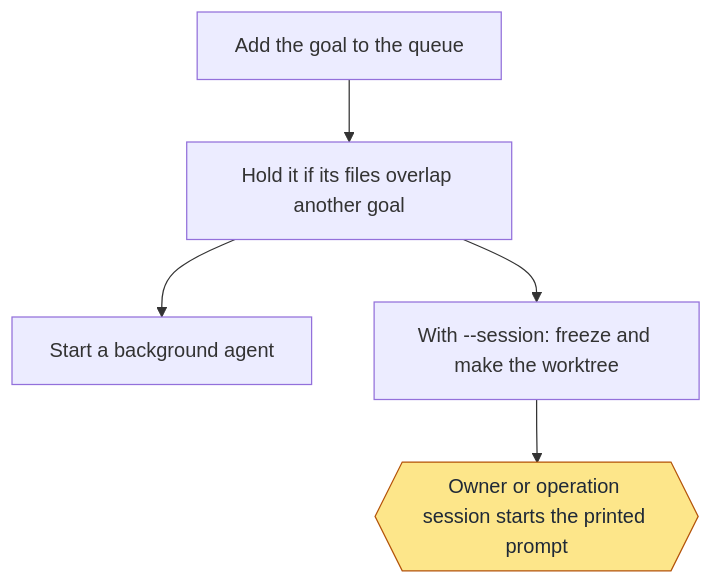
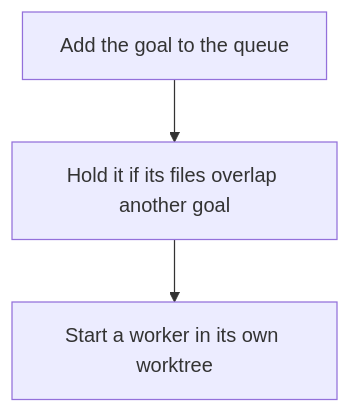
One commit to jcl2018/agent-workflow-template changed the second of 17 diagrams in docs/wiki/Monitoring.md. Above: the diagram before and after it, drawn with Mermaid. The commit also changed other lines of this file and 21 other files, not shown here.

Commit message:
Workers run their own loops and report back; the operation session only assigns, watches and reports

````diff
--- a/docs/wiki/Monitoring.md
+++ b/docs/wiki/Monitoring.md
@@ -130,14 +149,8 @@
 ```mermaid
 flowchart TD
   a["Add the goal to the queue"]
   b["Hold it if its files overlap another goal"]
-  c["Start a background agent"]
-  d["With --session: freeze and make the worktree"]
-  e{{"Owner or operation session starts the printed prompt"}}
+  c["Start a worker in its own worktree"]
   a --> b
   b --> c
-  b --> d
-  d --> e
-  classDef owner fill:#fde68a,stroke:#b45309,color:#1f2937
-  class e owner
 ```
````
